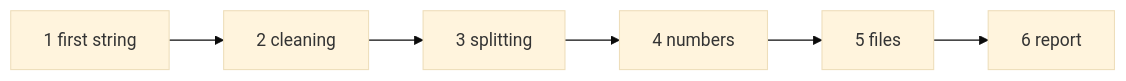
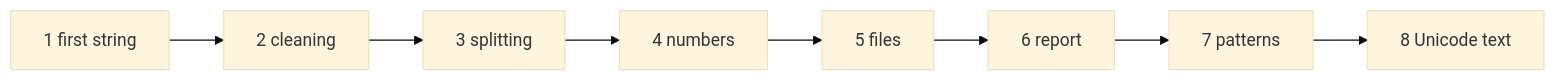
Before and after one commit to szaghi/StringiFor: the diagram in docs/manual/index.md, drawn with Mermaid (base theme). The commit also changed other lines of this file and 13 other files, not shown here.

First line of the commit message:
docs(tutorial): chapter 8, Unicode text

````diff
--- a/docs/manual/index.md
+++ b/docs/manual/index.md
@@ -26,4 +27,4 @@
 ```mermaid
 flowchart LR
-  c1[1 first string] --> c2[2 cleaning] --> c3[3 splitting] --> c4[4 numbers] --> c5[5 files] --> c6[6 report]
+  c1[1 first string] --> c2[2 cleaning] --> c3[3 splitting] --> c4[4 numbers] --> c5[5 files] --> c6[6 report] --> c7[7 patterns] --> c8[8 Unicode text]
 ```
````
